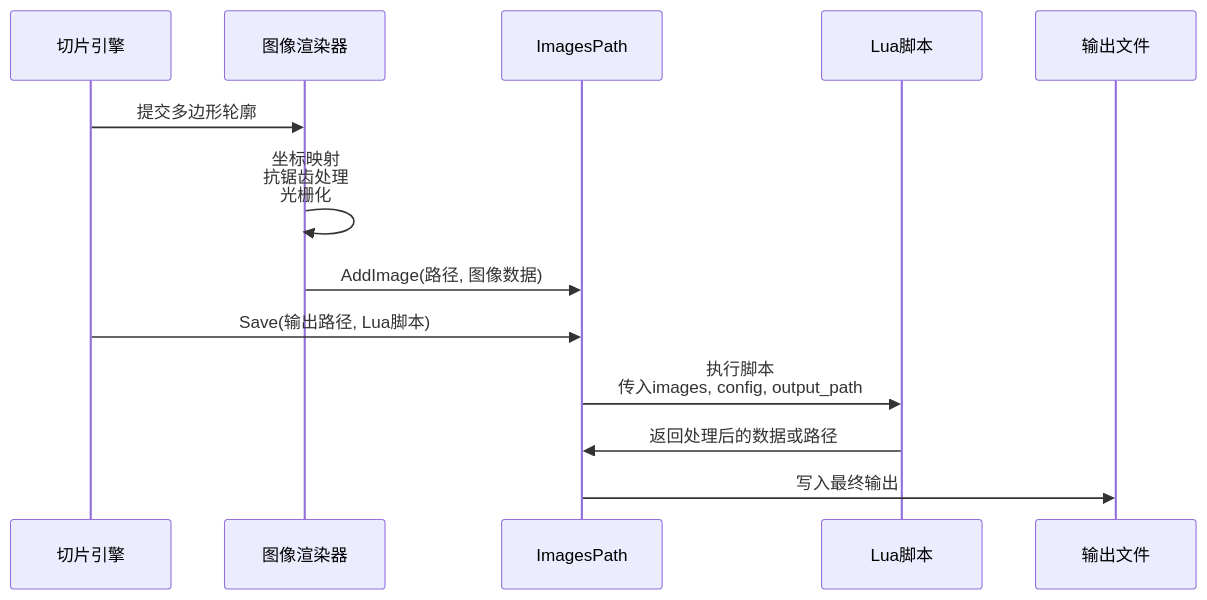
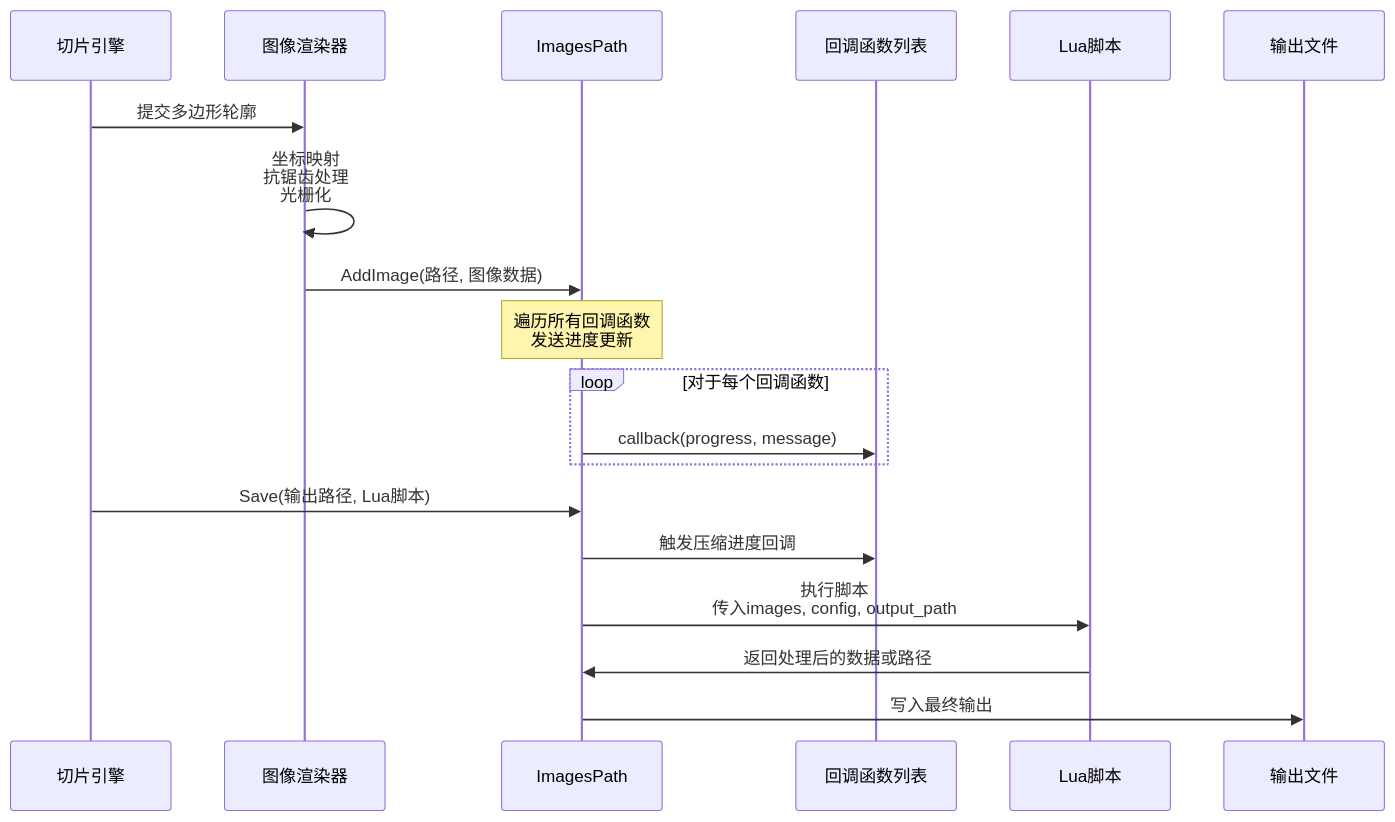
Before and after one commit to hsmbanlance/HsBaSlicer: the second of 5 diagrams in .qoder/repowiki/zh/content/核心模块详解/路径输出/图像路径输出.md, drawn with Mermaid. The commit also changed other lines of this file and 14 other files, not shown here.

````diff
--- a/.qoder/repowiki/zh/content/核心模块详解/路径输出/图像路径输出.md
+++ b/.qoder/repowiki/zh/content/核心模块详解/路径输出/图像路径输出.md
@@ -78,15 +93,21 @@
 ```mermaid
 sequenceDiagram
 participant Slicer as 切片引擎
 participant Renderer as 图像渲染器
 participant ImagesPath as ImagesPath
+participant Callbacks as 回调函数列表
 participant LuaScript as Lua脚本
 participant Output as 输出文件
 Slicer->>Renderer : 提交多边形轮廓
 Renderer->>Renderer : 坐标映射<br/>抗锯齿处理<br/>光栅化
 Renderer->>ImagesPath : AddImage(路径, 图像数据)
+Note over ImagesPath : 遍历所有回调函数<br/>发送进度更新
+loop 对于每个回调函数
+ImagesPath->>Callbacks : callback(progress, message)
+end
 Slicer->>ImagesPath : Save(输出路径, Lua脚本)
+ImagesPath->>Callbacks : 触发压缩进度回调
 ImagesPath->>LuaScript : 执行脚本<br/>传入images, config, output_path
 LuaScript->>ImagesPath : 返回处理后的数据或路径
 ImagesPath->>Output : 写入最终输出
 ```
````
